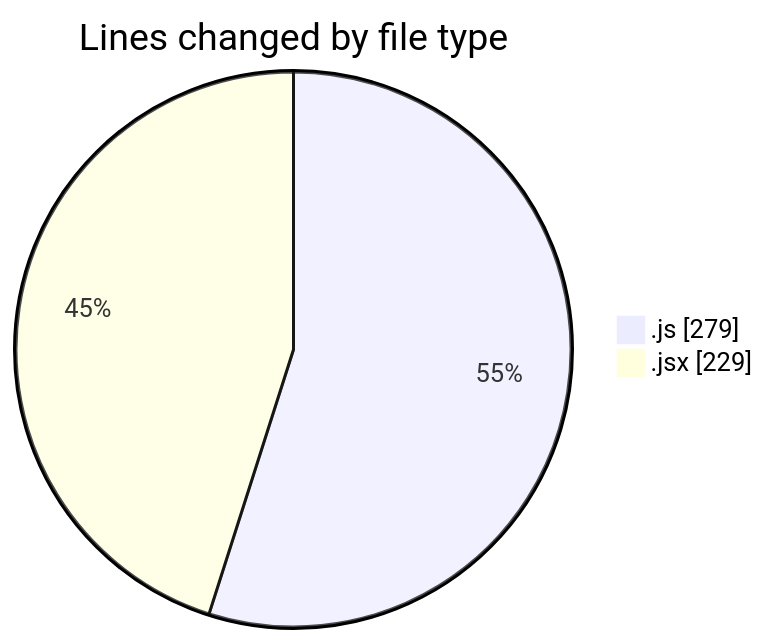
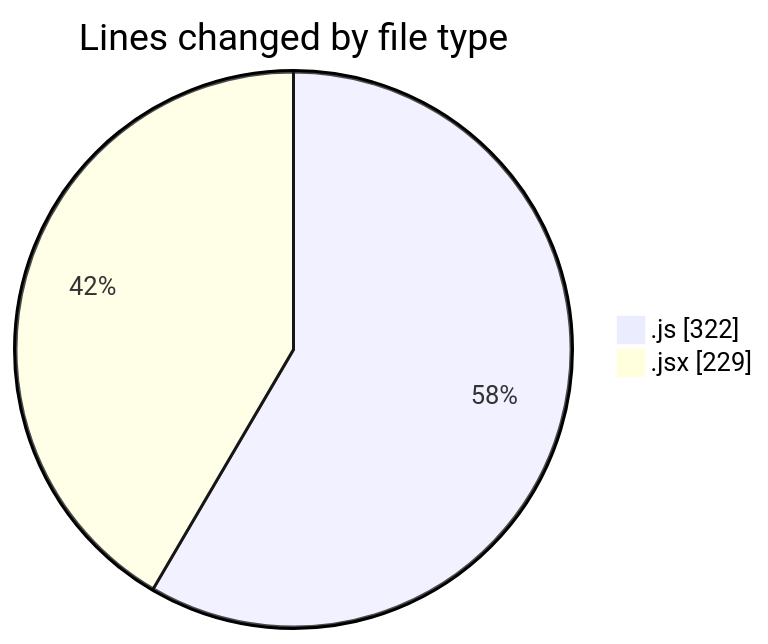
Before and after one commit to momahboobian/code-tracking: the first of 2 diagrams in 2026-03-03/cda/README.md, drawn with Mermaid. The commit also changed other lines of this file and 1 other file, not shown here.

````diff
--- a/2026-03-03/cda/README.md
+++ b/2026-03-03/cda/README.md
@@ -21,6 +22,6 @@
 ```mermaid
 pie showData
 title Lines changed by file type
-".js" : 279
+".js" : 322
 ".jsx" : 229
 ```
````
